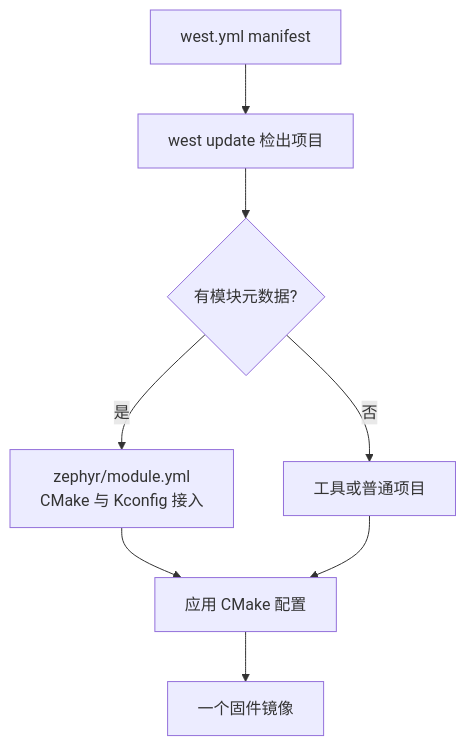
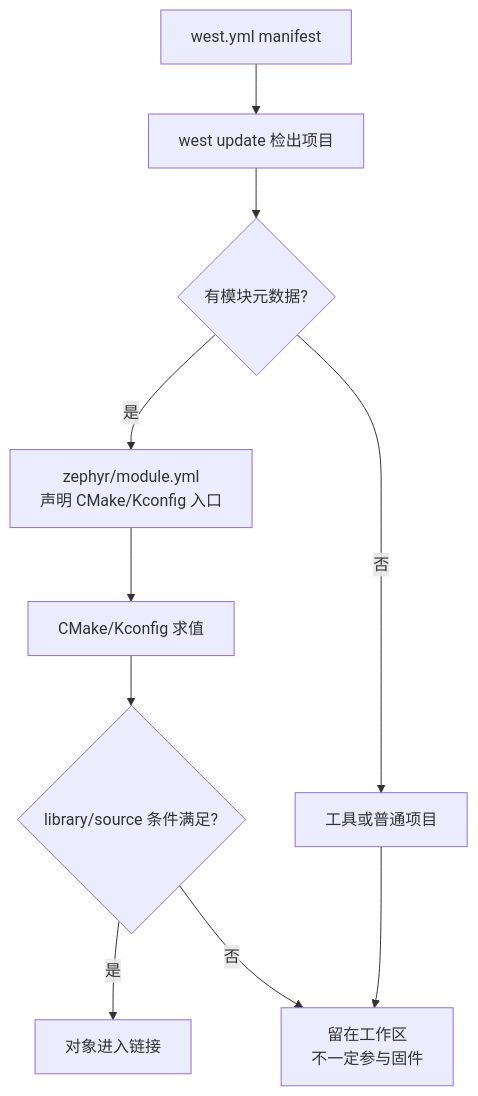
Before and after one commit to cdragon-ljl/EEandEdgeAI: the first of 2 diagrams in docs/articles/zephyr/zephyr-04-app-structure-west-module.md, drawn with Mermaid. The commit also changed other lines of this file and 35 other files, not shown here.

````diff
--- a/docs/articles/zephyr/zephyr-04-app-structure-west-module.md
+++ b/docs/articles/zephyr/zephyr-04-app-structure-west-module.md
@@ -25,10 +34,12 @@
 ```mermaid
 flowchart TD
     A[west.yml manifest] --> B[west update 检出项目]
     B --> C{有模块元数据?}
-    C -->|是| D[zephyr/module.yml<br/>CMake 与 Kconfig 接入]
+    C -->|是| D[zephyr/module.yml<br/>声明 CMake/Kconfig 入口]
     C -->|否| E[工具或普通项目]
-    D --> F[应用 CMake 配置]
-    E --> F
-    F --> G[一个固件镜像]
+    D --> F[CMake/Kconfig 求值]
+    E --> H[留在工作区<br/>不一定参与固件]
+    F --> G{library/source 条件满足?}
+    G -->|是| I[对象进入链接]
+    G -->|否| H
 ```
````
